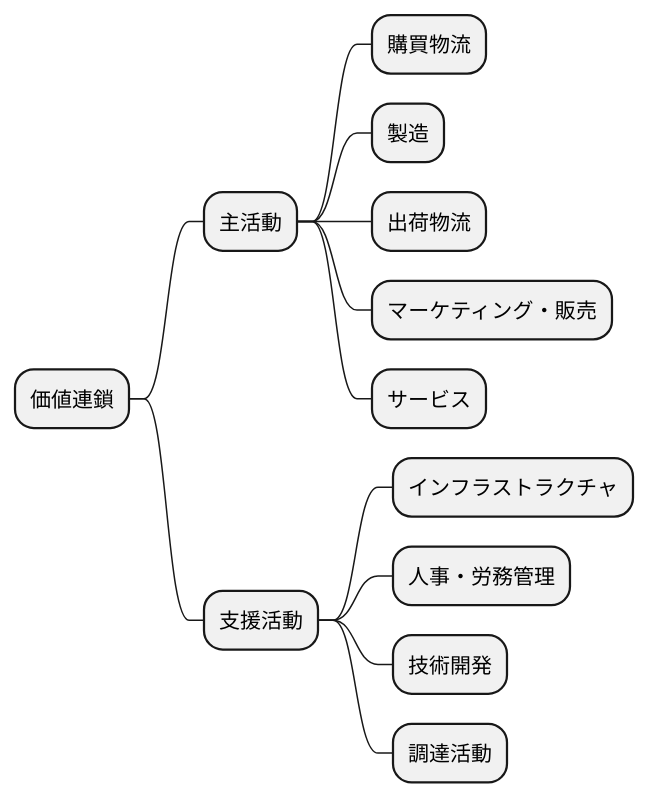
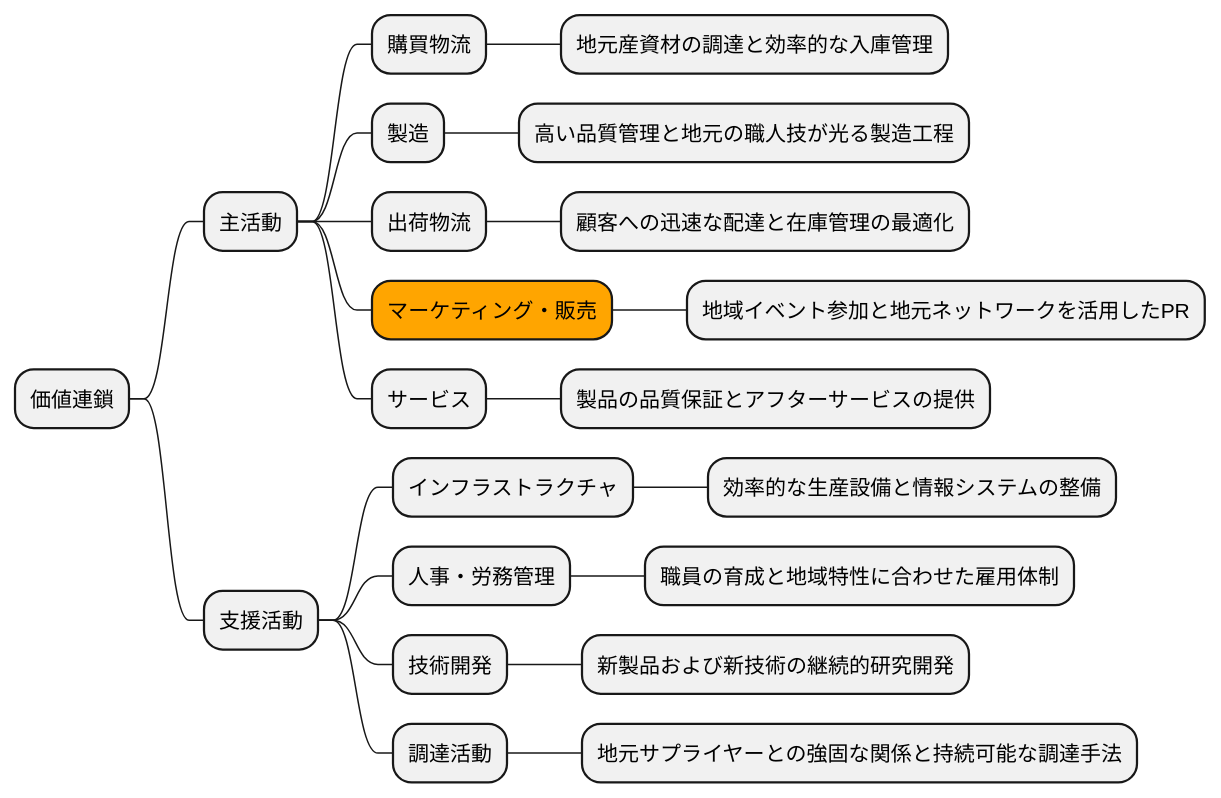
Before and after one commit to k2works/case-sutudy-business-analysis: the tenth of 16 diagrams in docs/case/r03_case_2.adoc, drawn with PlantUML. The commit also changed other lines of this file, not shown here.

```diff
--- a/docs/case/r03_case_2.adoc
+++ b/docs/case/r03_case_2.adoc
@@ -259,19 +306,28 @@
 [plantuml]
 ----
 @startmindmap
 
 * 価値連鎖
 ** 主活動
 *** 購買物流
+**** 地元産資材の調達と効率的な入庫管理
 *** 製造
+**** 高い品質管理と地元の職人技が光る製造工程
 *** 出荷物流
-*** マーケティング・販売
+**** 顧客への迅速な配達と在庫管理の最適化
+***[#orange] マーケティング・販売
+**** 地域イベント参加と地元ネットワークを活用したPR
 *** サービス
+**** 製品の品質保証とアフターサービスの提供
 ** 支援活動
 *** インフラストラクチャ
+**** 効率的な生産設備と情報システムの整備
 *** 人事・労務管理
+**** 職員の育成と地域特性に合わせた雇用体制
 *** 技術開発
+**** 新製品および新技術の継続的研究開発
 *** 調達活動
+**** 地元サプライヤーとの強固な関係と持続可能な調達手法
 
 @endmindmap
 ----
```
